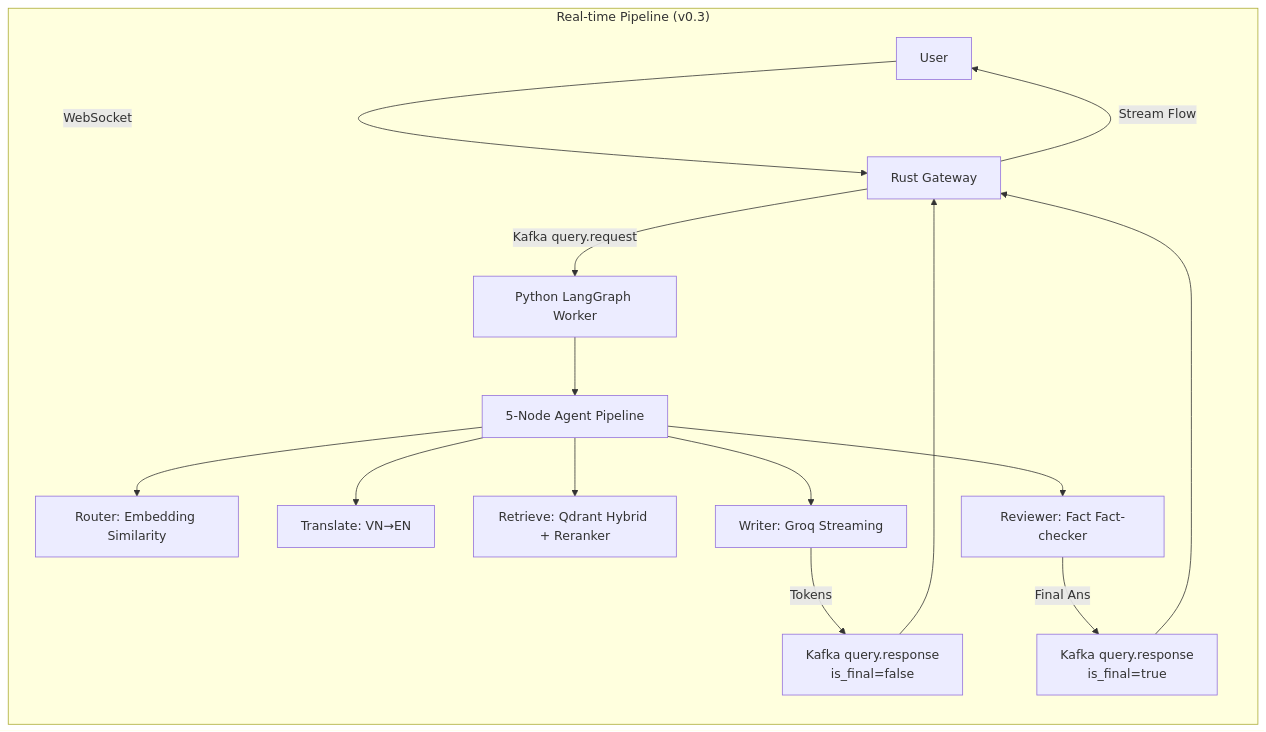
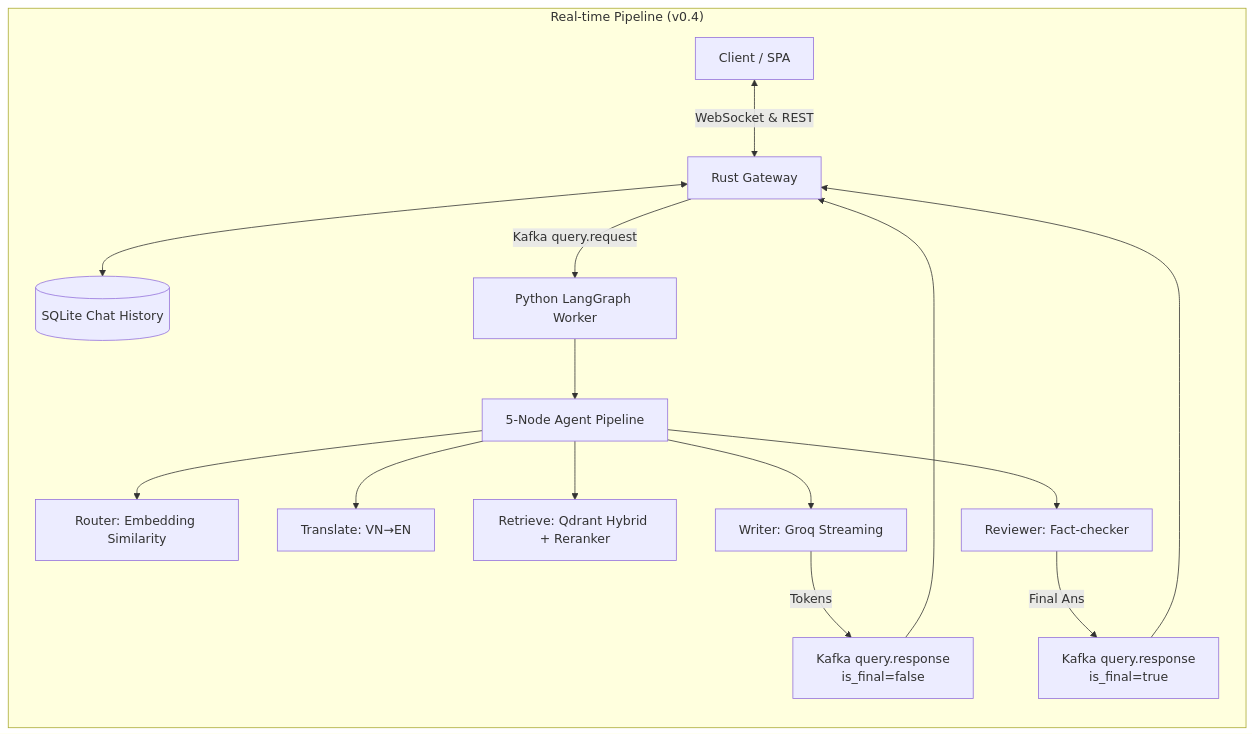
One commit to Thanh281105/rag-system changed the diagram in README.md. Above: the diagram before and after it, drawn with Mermaid. The commit also changed other lines of this file and 23 other files, not shown here.

````diff
--- a/README.md
+++ b/README.md
@@ -14,18 +20,23 @@
 ```mermaid
 graph LR
-    subgraph "Real-time Pipeline (v0.3)"
-        C[User] -->|WebSocket| R[Rust Gateway]
+    subgraph "Real-time Pipeline (v0.4)"
+        DB[(SQLite Chat History)]
+        C[Client / SPA] <-->|WebSocket & REST| R[Rust Gateway]
+        R <--> DB
+        
         R -->|Kafka query.request| QW[Python LangGraph Worker]
         QW --> G[5-Node Agent Pipeline]
+        
         G --> R1[Router: Embedding Similarity]
         G --> T[Translate: VN→EN]
         G --> RET[Retrieve: Qdrant Hybrid + Reranker]
         G --> W[Writer: Groq Streaming]
-        G --> REV[Reviewer: Fact Fact-checker]
+        G --> REV[Reviewer: Fact-checker]
+        
         W -->|Tokens| KS[Kafka query.response<br/>is_final=false]
         REV -->|Final Ans| KF[Kafka query.response<br/>is_final=true]
+        
         KS --> R
         KF --> R
-        R -->|Stream Flow| C
     end
 ```
````
